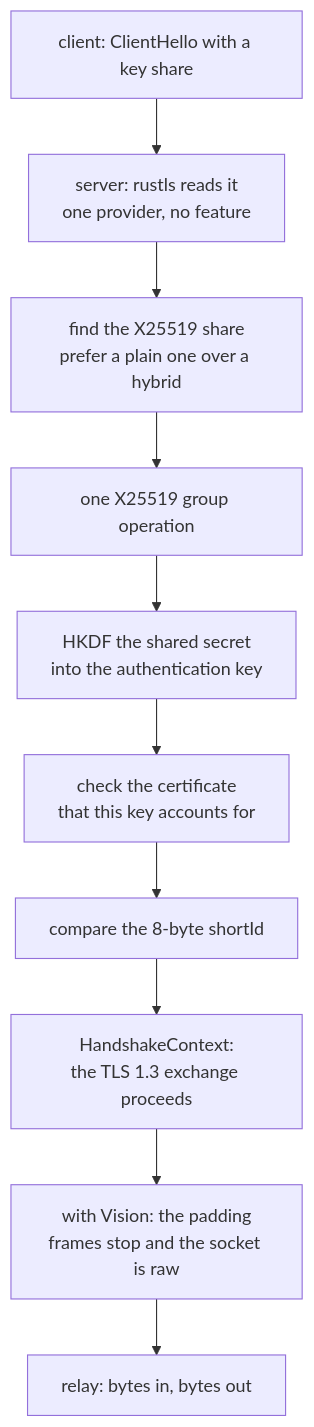
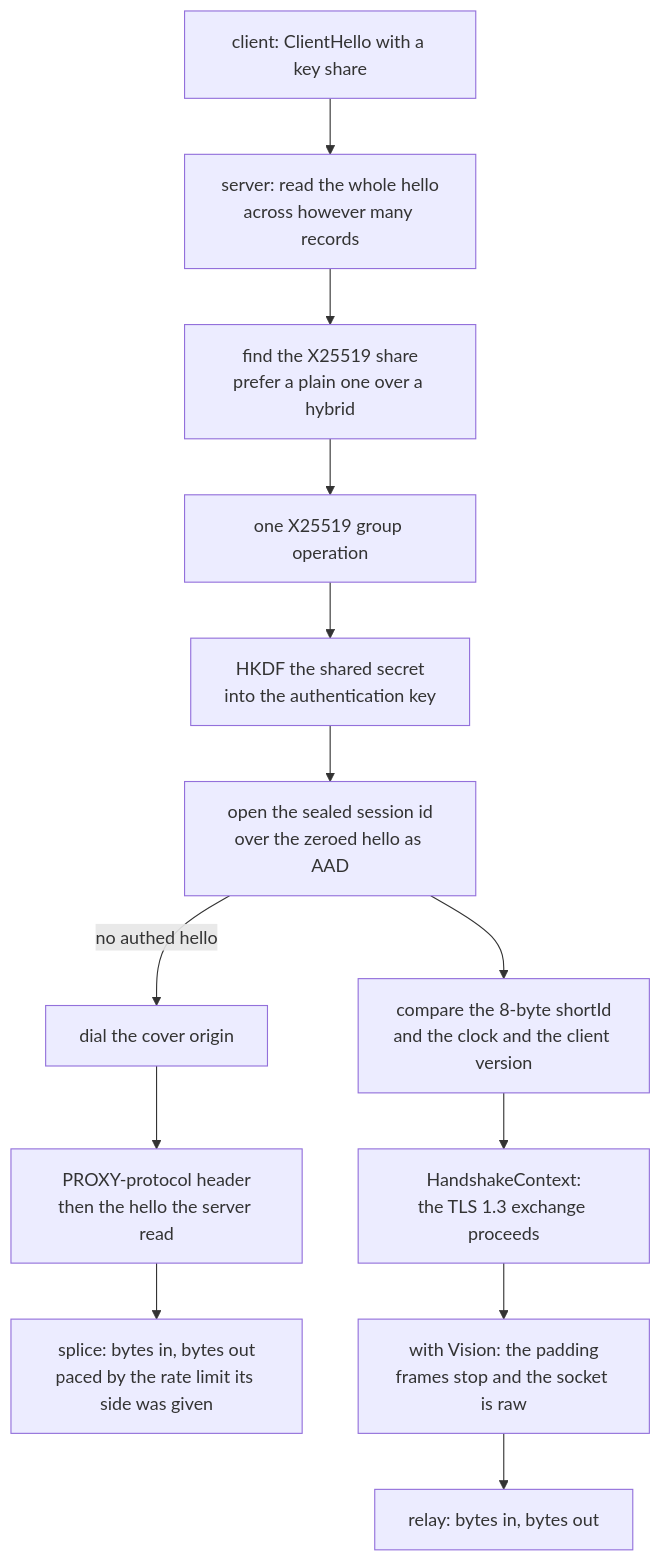
The diagram in docs/function/reality-tls.md (TheGorgeousIvorChival/ferrox), drawn with Mermaid before and after one commit. The commit also changed other lines of this file and 6 other files, not shown here.

Commit message:
An unauthenticated REALITY hello is spliced into the cover origin it asked for

````diff
--- a/docs/function/reality-tls.md
+++ b/docs/function/reality-tls.md
@@ -23,12 +23,15 @@
 ```mermaid
 graph TD
-    C["client: ClientHello with a key share"] --> S["server: rustls reads it<br/>one provider, no feature"]
+    C["client: ClientHello with a key share"] --> S["server: read the whole hello<br/>across however many records"]
     S --> X["find the X25519 share<br/>prefer a plain one over a hybrid"]
     X --> G["one X25519 group operation"]
     G --> K["HKDF the shared secret<br/>into the authentication key"]
-    K --> A["check the certificate<br/>that this key accounts for"]
-    A --> I["compare the 8-byte shortId"]
+    K --> A["open the sealed session id<br/>over the zeroed hello as AAD"]
+    A --> I["compare the 8-byte shortId<br/>and the clock and the client version"]
     I --> P["HandshakeContext:<br/>the TLS 1.3 exchange proceeds"]
+    A -->|"no authed hello"| D["dial the cover origin"]
+    D --> H["PROXY-protocol header<br/>then the hello the server read"]
+    H --> R["splice: bytes in, bytes out<br/>paced by the rate limit its side was given"]
     P --> V["with Vision: the padding<br/>frames stop and the socket is raw"]
-    V --> R["relay: bytes in, bytes out"]
+    V --> L["relay: bytes in, bytes out"]
 ```
````
